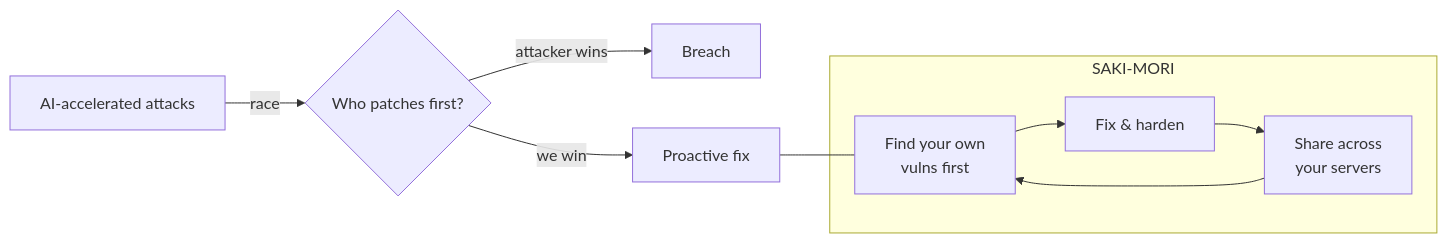
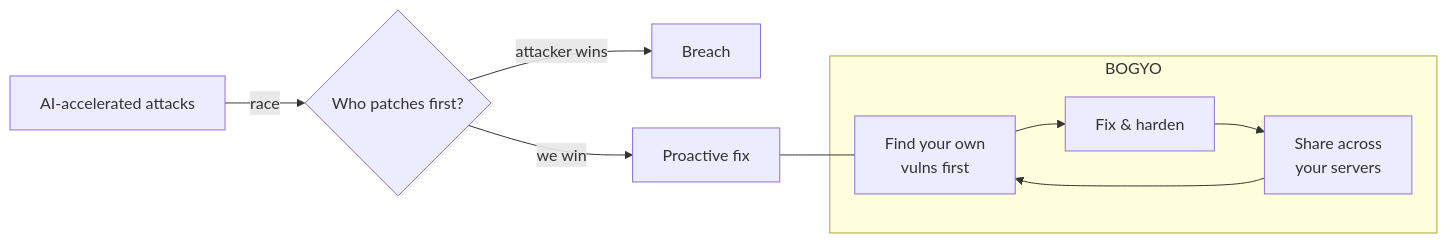
Before and after one commit to Hirasawakazumaz/BOGYO: the first of 3 diagrams in README.md, drawn with Mermaid. The commit also changed other lines of this file and 30 other files, not shown here.

````diff
--- a/README.md
+++ b/README.md
@@ -42,12 +41,12 @@
 ```mermaid
 flowchart LR
     A[AI-accelerated attacks] -->|race| D{Who patches first?}
     D -->|attacker wins| X[Breach]
     D -->|we win| W[Proactive fix]
-    subgraph SM [SAKI-MORI]
+    subgraph BG [BOGYO]
       S1[Find your own<br/>vulns first] --> S2[Fix & harden]
       S2 --> S3[Share across<br/>your servers]
       S3 --> S1
     end
     W --- S1
 ```
````
